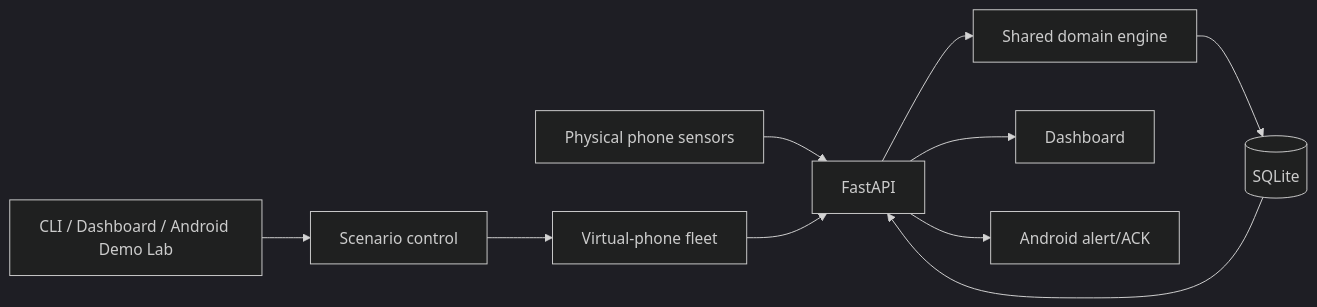
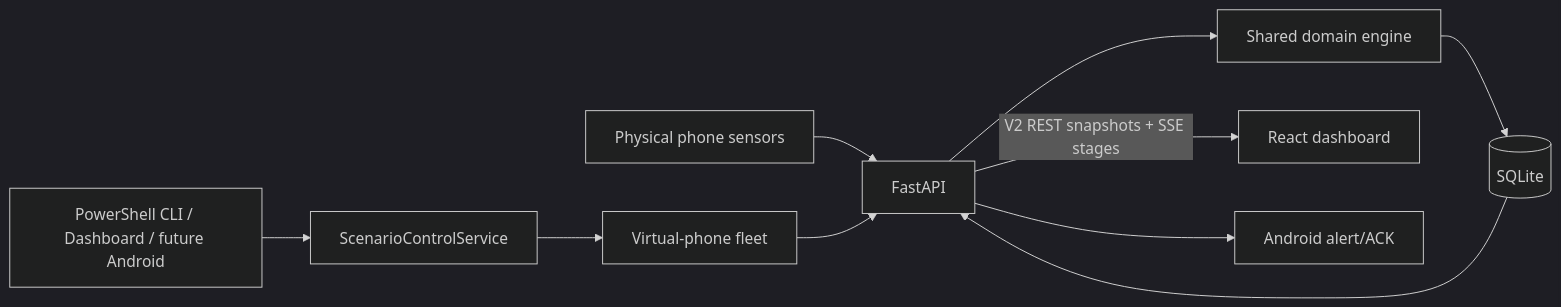
The first of 4 diagrams in docs/v2/QM-V2-ARCHITECTURE.md (kasinathca/quakemesh), drawn with Mermaid (dark theme) before and after one commit. The commit also changed other lines of this file and 79 other files, not shown here.

````diff
--- a/docs/v2/QM-V2-ARCHITECTURE.md
+++ b/docs/v2/QM-V2-ARCHITECTURE.md
@@ -15,12 +15,12 @@
 ```mermaid
 flowchart LR
-  CLI[CLI / Dashboard / Android Demo Lab] --> C[Scenario control]
+  CLI[PowerShell CLI / Dashboard / future Android] --> C[ScenarioControlService]
   C --> F[Virtual-phone fleet]
   P[Physical phone sensors] --> API[FastAPI]
   F --> API
   API --> D[Shared domain engine]
   D --> DB[(SQLite)]
   DB --> API
-  API --> UI[Dashboard]
+  API -->|V2 REST snapshots + SSE stages| UI[React dashboard]
   API --> A[Android alert/ACK]
 ```
````
